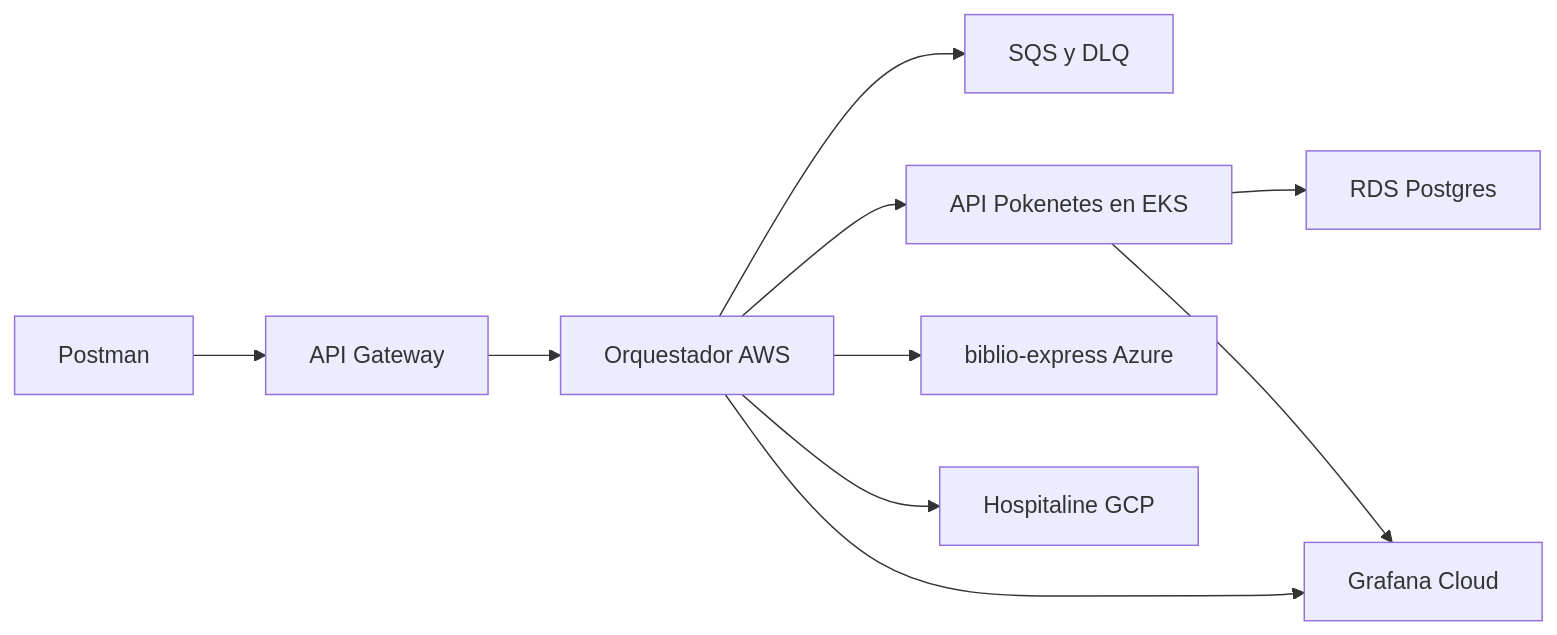
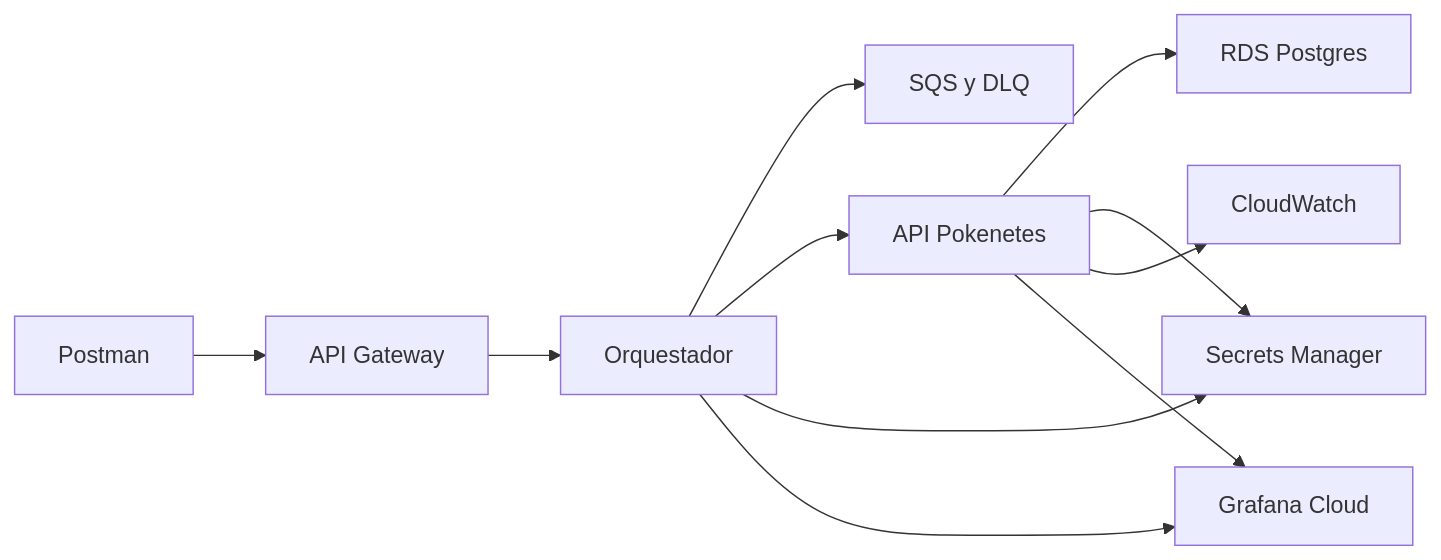
The diagram in README.md (Enedev/Pokenetes-API), drawn with Mermaid before and after one commit. The commit also changed other lines of this file and 7 other files, not shown here.

````diff
--- a/README.md
+++ b/README.md
@@ -18,12 +22,13 @@
 ```mermaid
 flowchart LR
-    cliente[Postman] --> gateway[API Gateway]
-    gateway --> orq[Orquestador AWS]
-    orq --> cola[SQS y DLQ]
-    orq --> api[API Pokenetes en EKS]
-    orq --> azure[biblio-express Azure]
-    orq --> gcp[Hospitaline GCP]
-    api --> db[RDS Postgres]
-    orq --> grafana[Grafana Cloud]
+    postman[Postman] --> gateway[API Gateway]
+    gateway --> orchestrator[Orquestador]
+    orchestrator --> queue[SQS y DLQ]
+    orchestrator --> api[API Pokenetes]
+    api --> rds[RDS Postgres]
+    api --> secrets[Secrets Manager]
+    orchestrator --> secrets
+    api --> logs[CloudWatch]
+    orchestrator --> grafana[Grafana Cloud]
     api --> grafana
 ```
````
